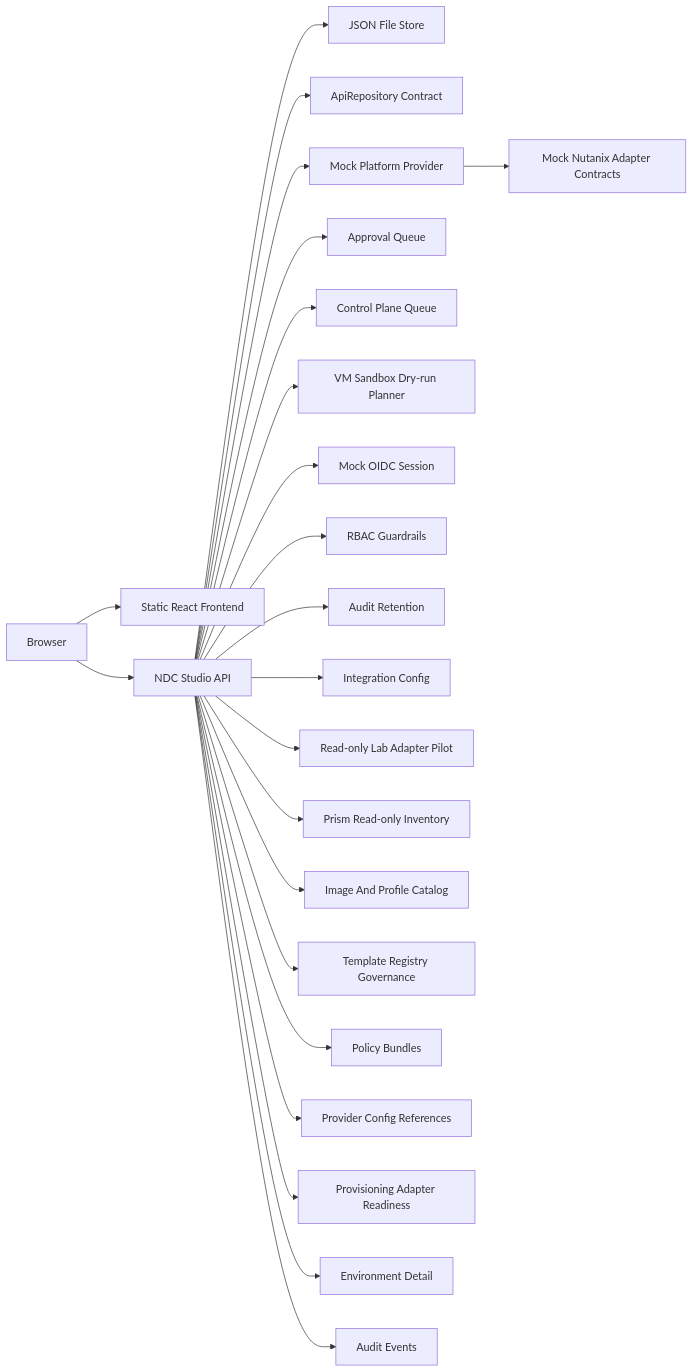
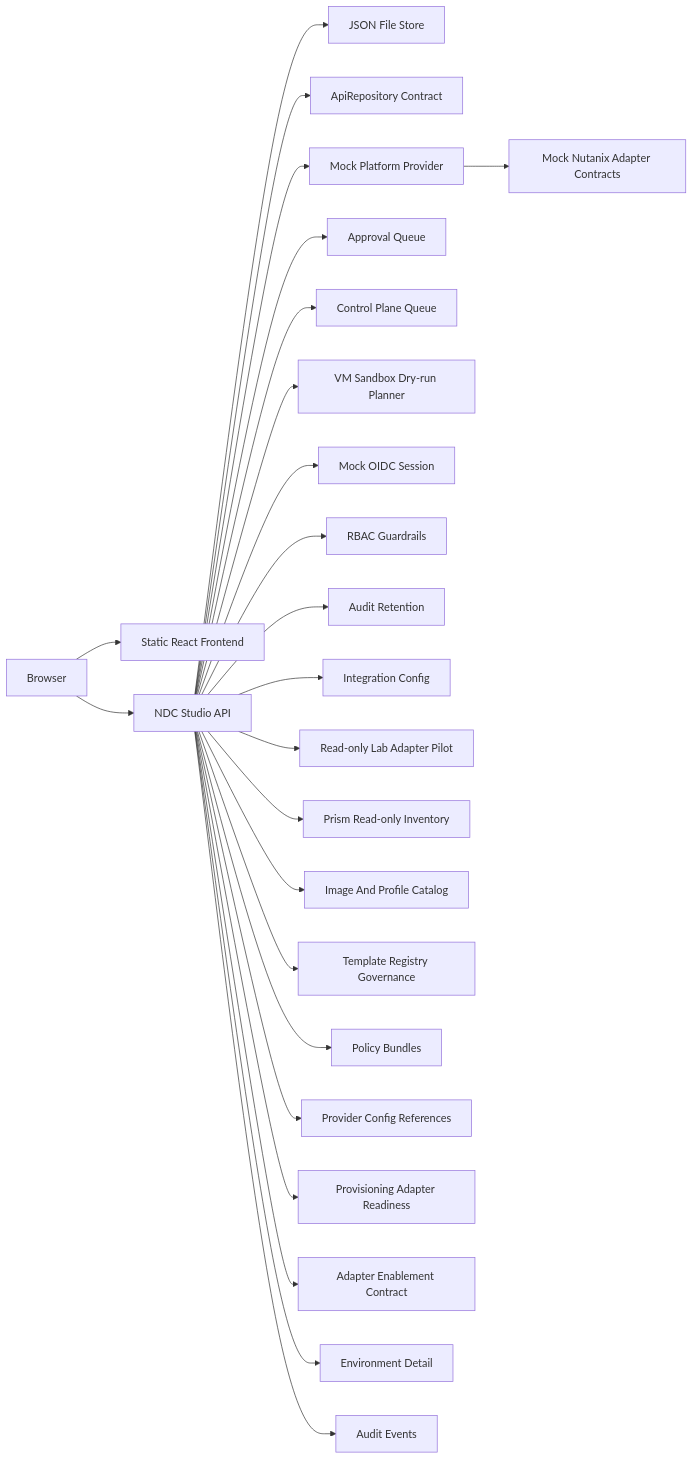
Before and after one commit to VirtuArchitect/nutanix-developer-cloud-studio: the second of 2 diagrams in docs/architecture.md, drawn with Mermaid. The commit also changed other lines of this file and 20 other files, not shown here.

Commit message:
Add v2.3 adapter enablement contract hardening

````diff
--- a/docs/architecture.md
+++ b/docs/architecture.md
@@ -21,25 +21,26 @@
 ```mermaid
 flowchart LR
     Browser["Browser"] --> Web["Static React Frontend"]
     Browser --> Api["NDC Studio API"]
     Api --> Store["JSON File Store"]
     Api --> Repo["ApiRepository Contract"]
     Api --> Provider["Mock Platform Provider"]
     Provider --> Adapters["Mock Nutanix Adapter Contracts"]
     Api --> Approvals["Approval Queue"]
     Api --> Queue["Control Plane Queue"]
     Api --> VmDryRun["VM Sandbox Dry-run Planner"]
     Api --> Identity["Mock OIDC Session"]
     Api --> Rbac["RBAC Guardrails"]
     Api --> AuditRetention["Audit Retention"]
     Api --> Config["Integration Config"]
     Api --> LabAdapters["Read-only Lab Adapter Pilot"]
     Api --> PrismInventory["Prism Read-only Inventory"]
     Api --> Inventory["Image And Profile Catalog"]
     Api --> Registry["Template Registry Governance"]
     Api --> Bundles["Policy Bundles"]
     Api --> ProviderConfig["Provider Config References"]
     Api --> AdapterReadiness["Provisioning Adapter Readiness"]
+    Api --> AdapterEnablement["Adapter Enablement Contract"]
     Api --> Details["Environment Detail"]
     Api --> Audit["Audit Events"]
 ```
````
